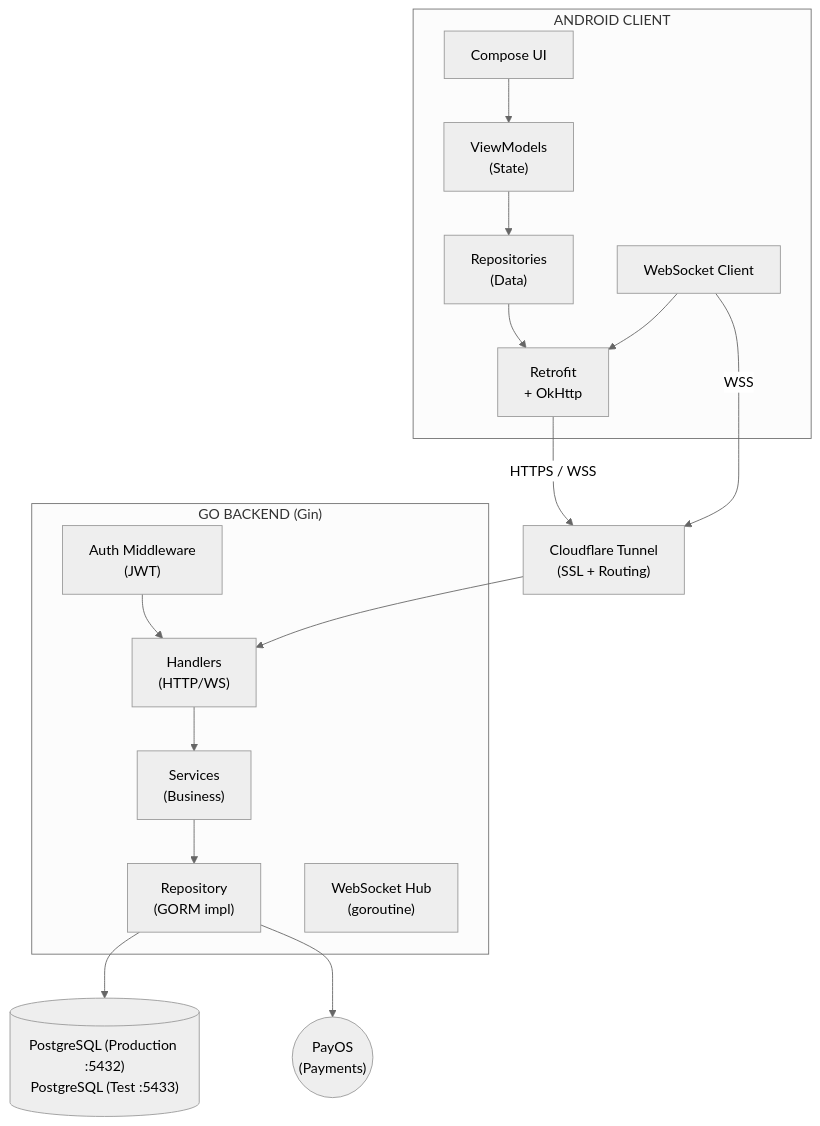
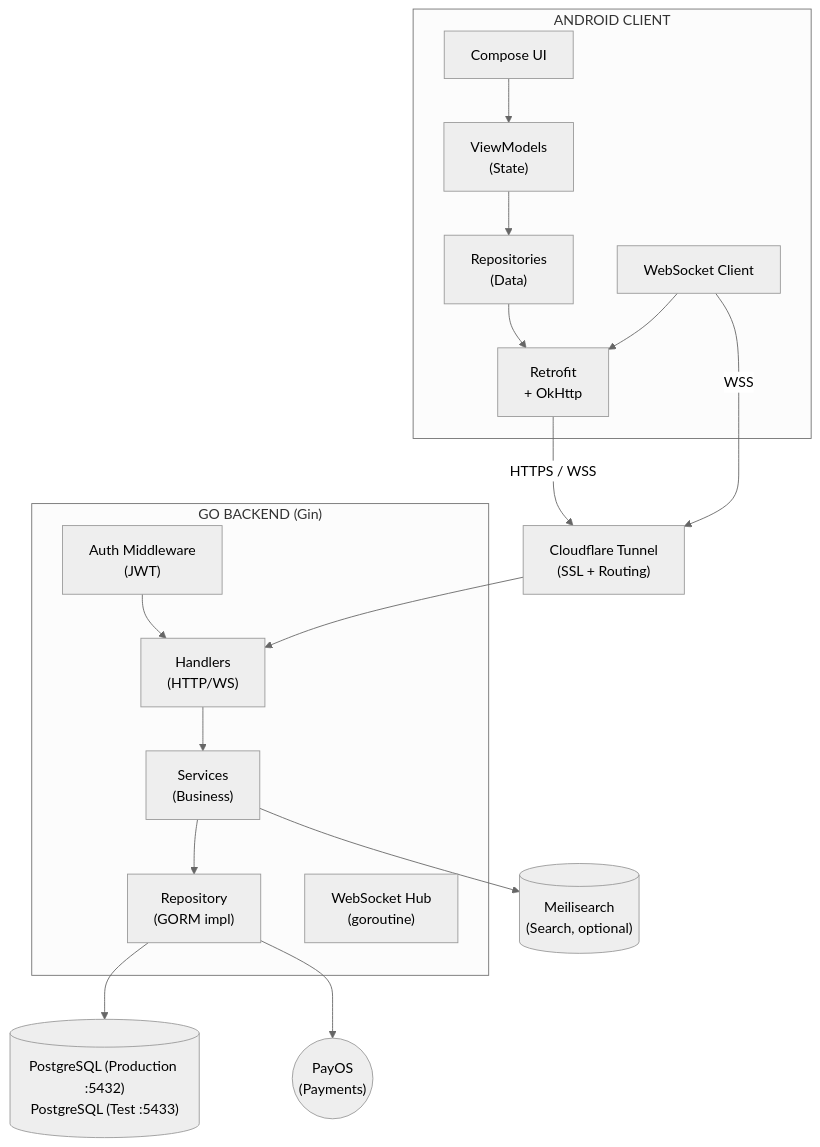
The first of 10 diagrams in docs/technical/ARCHITECTURE.md (nhannht/viecz), drawn with Mermaid (neutral theme) before and after one commit. The commit also changed other lines of this file and 18 other files, not shown here.

First line of the commit message:
feat: Add Meilisearch as optional search engine for marketplace (KNS-69)

````diff
--- a/docs/technical/ARCHITECTURE.md
+++ b/docs/technical/ARCHITECTURE.md
@@ -37,40 +38,42 @@
 ```mermaid
 graph TD
     subgraph ANDROID_CLIENT["ANDROID CLIENT"]
         ComposeUI["Compose UI"]
         ViewModels["ViewModels<br/>(State)"]
         Repositories["Repositories<br/>(Data)"]
         Retrofit["Retrofit<br/>+ OkHttp"]
         WebSocketClient["WebSocket Client"]
 
         ComposeUI --> ViewModels
         ViewModels --> Repositories
         Repositories --> Retrofit
         WebSocketClient --> Retrofit
     end
 
     CLOUDFLARE["Cloudflare Tunnel<br/>(SSL + Routing)"]
 
     Retrofit -- "HTTPS / WSS" --> CLOUDFLARE
     WebSocketClient -- "WSS" --> CLOUDFLARE
 
     subgraph GO_BACKEND["GO BACKEND (Gin)"]
         AuthMW["Auth Middleware<br/>(JWT)"]
         Handlers["Handlers<br/>(HTTP/WS)"]
         Services["Services<br/>(Business)"]
         Repository["Repository<br/>(GORM impl)"]
         WebSocketHub["WebSocket Hub<br/>(goroutine)"]
 
         AuthMW --> Handlers
         Handlers --> Services
         Services --> Repository
     end
 
     CLOUDFLARE --> Handlers
 
     DB[("PostgreSQL (Production :5432)<br/>PostgreSQL (Test :5433)")]
     PayOS(("PayOS<br/>(Payments)"))
+    Meilisearch[("Meilisearch<br/>(Search, optional)")]
 
     Repository --> DB
     Repository --> PayOS
+    Services --> Meilisearch
 ```
````
